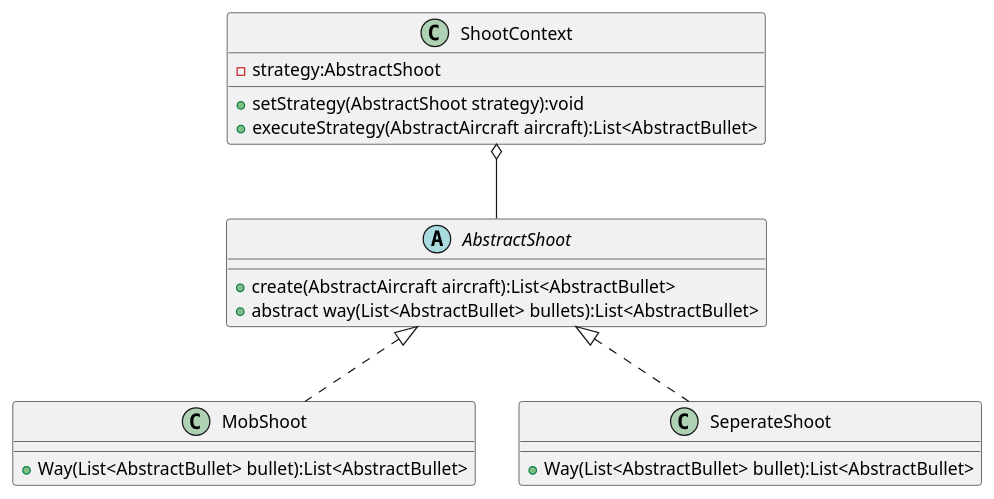
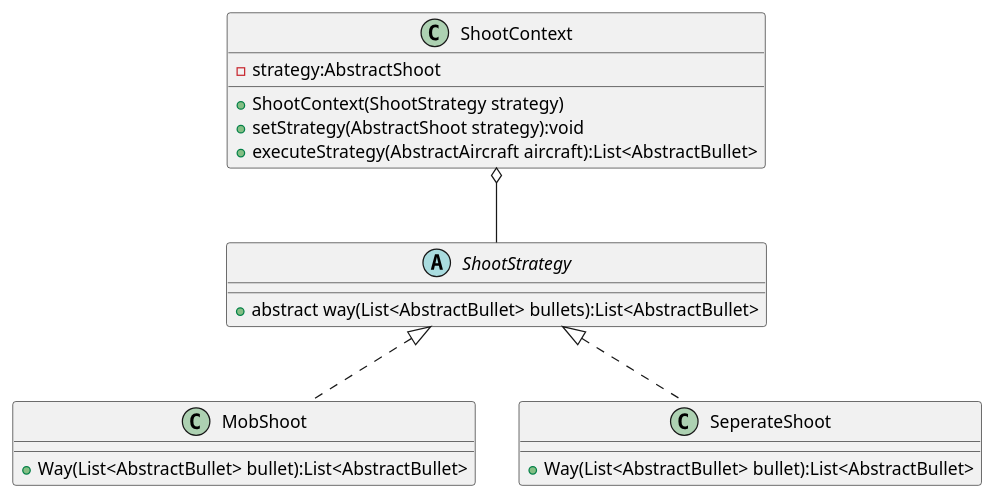
The diagram in uml/Strategy.puml (TheRoad-1210/AircraftWar), drawn with PlantUML before and after one commit. The commit also changed 2 other files, not shown here.

```diff
--- a/uml/Strategy.puml
+++ b/uml/Strategy.puml
@@ -1,31 +1,30 @@
 @startuml
 'https://plantuml.com/class-diagram
 
-ShootContext o-- AbstractShoot
-AbstractShoot <|..  MobShoot
-AbstractShoot <|..  SeperateShoot
+ShootContext o-- ShootStrategy
+ShootStrategy <|..  MobShoot
+ShootStrategy <|..  SeperateShoot
 
 class ShootContext
 {
     - strategy:AbstractShoot
+    + ShootContext(ShootStrategy strategy)
     + setStrategy(AbstractShoot strategy):void
     + executeStrategy(AbstractAircraft aircraft):List<AbstractBullet>
 }
 
-abstract class AbstractShoot
+abstract class ShootStrategy
 {
-    + create(AbstractAircraft aircraft):List<AbstractBullet>
     + abstract way(List<AbstractBullet> bullets):List<AbstractBullet>
-
 }
 
 class MobShoot
 {
     +Way(List<AbstractBullet> bullet):List<AbstractBullet>
 }
 
 class SeperateShoot
 {
     +Way(List<AbstractBullet> bullet):List<AbstractBullet>
 }
 @enduml
```
